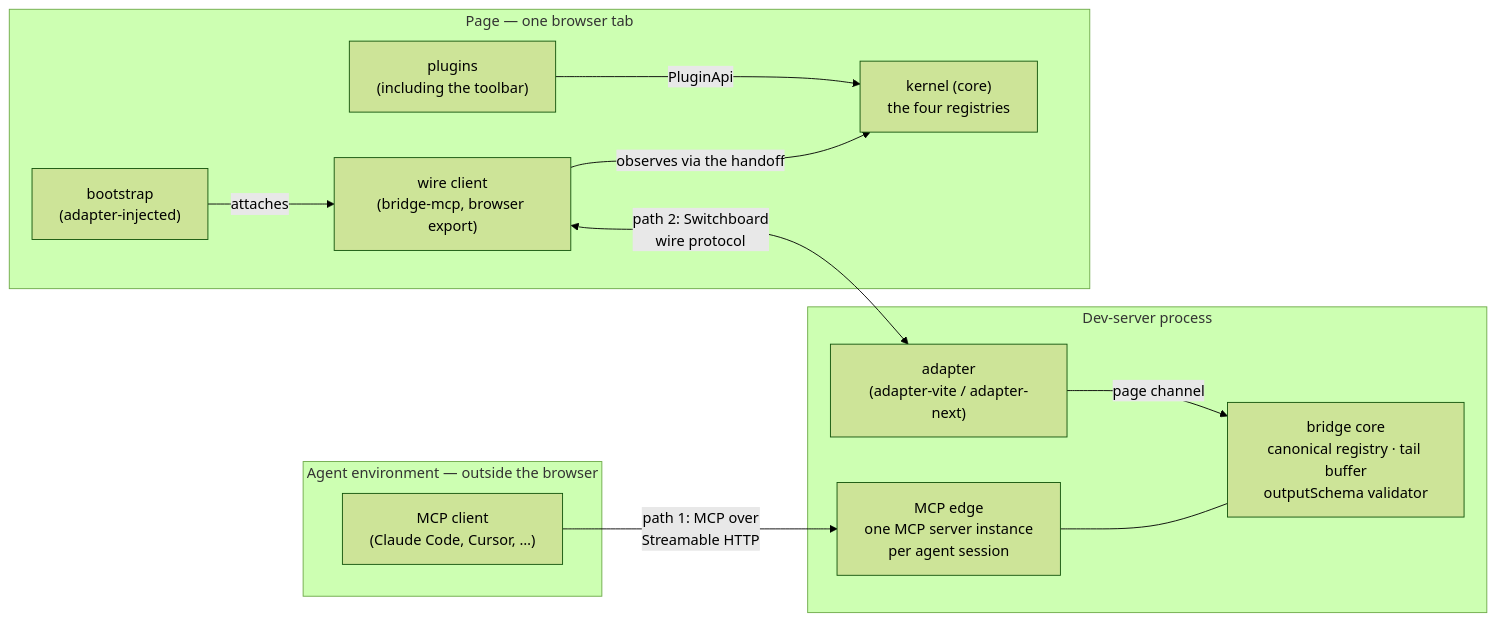
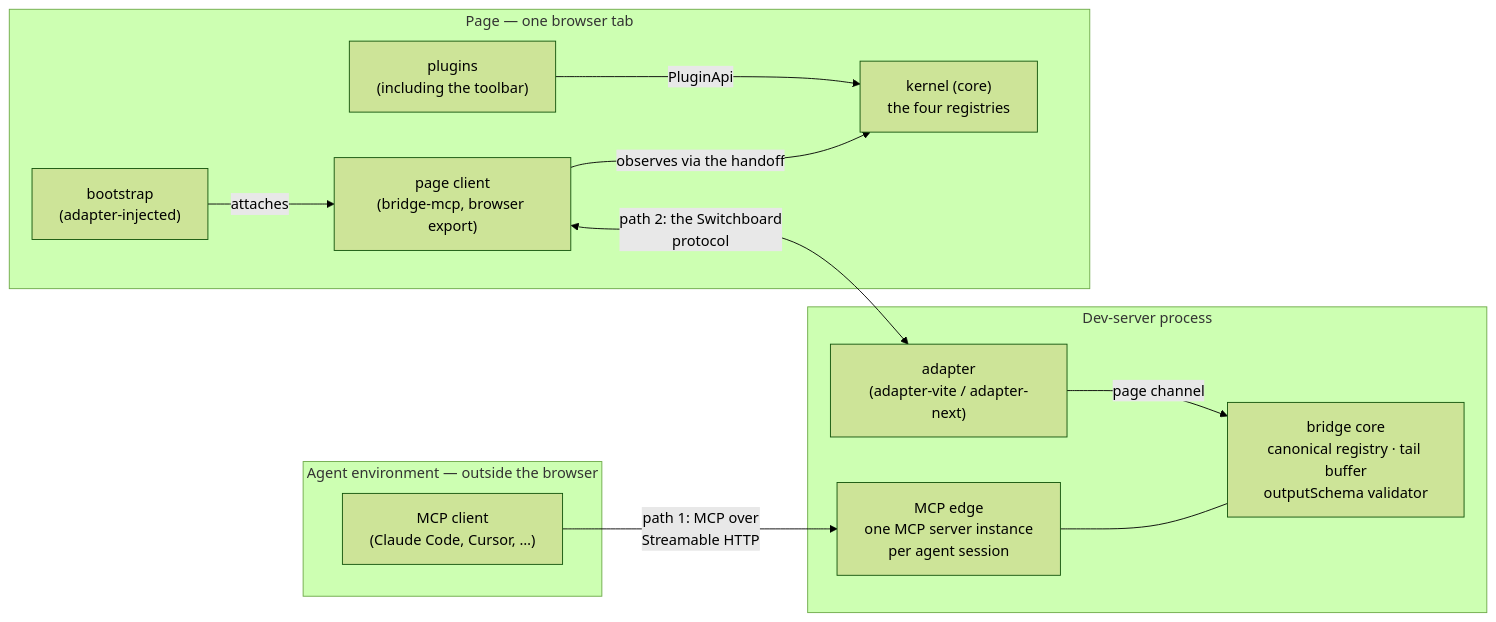
The diagram in docs/architecture/topology.md (bitwhys/switchboard), drawn with Mermaid (forest theme) before and after one commit. The commit also changed other lines of this file and 6 other files, not shown here.

First line of the commit message:
docs(architecture): second clarity pass across all seven files (#86)

````diff
--- a/docs/architecture/topology.md
+++ b/docs/architecture/topology.md
@@ -9,24 +9,24 @@
 ```mermaid
 flowchart LR
   subgraph agent["Agent environment — outside the browser"]
     AGENT["MCP client<br/>(Claude Code, Cursor, …)"]
   end
   subgraph server["Dev-server process"]
     EDGE["MCP edge<br/>one MCP server instance<br/>per agent session"]
     BRIDGE["bridge core<br/>canonical registry · tail buffer<br/>outputSchema validator"]
     ADAPTER["adapter<br/>(adapter-vite / adapter-next)"]
     EDGE --- BRIDGE
     ADAPTER -->|"page channel"| BRIDGE
   end
   subgraph page["Page — one browser tab"]
     BOOT["bootstrap<br/>(adapter-injected)"]
-    WIRE["wire client<br/>(bridge-mcp, browser export)"]
+    WIRE["page client<br/>(bridge-mcp, browser export)"]
     KERNEL["kernel (core)<br/>the four registries"]
     PLUGINS["plugins<br/>(including the toolbar)"]
     BOOT -->|"attaches"| WIRE
     WIRE -->|"observes via the handoff"| KERNEL
     PLUGINS -->|"PluginApi"| KERNEL
   end
   AGENT -->|"path 1: MCP over<br/>Streamable HTTP"| EDGE
-  WIRE <-->|"path 2: Switchboard<br/>wire protocol"| ADAPTER
+  WIRE <-->|"path 2: the Switchboard<br/>protocol"| ADAPTER
 ```
````
